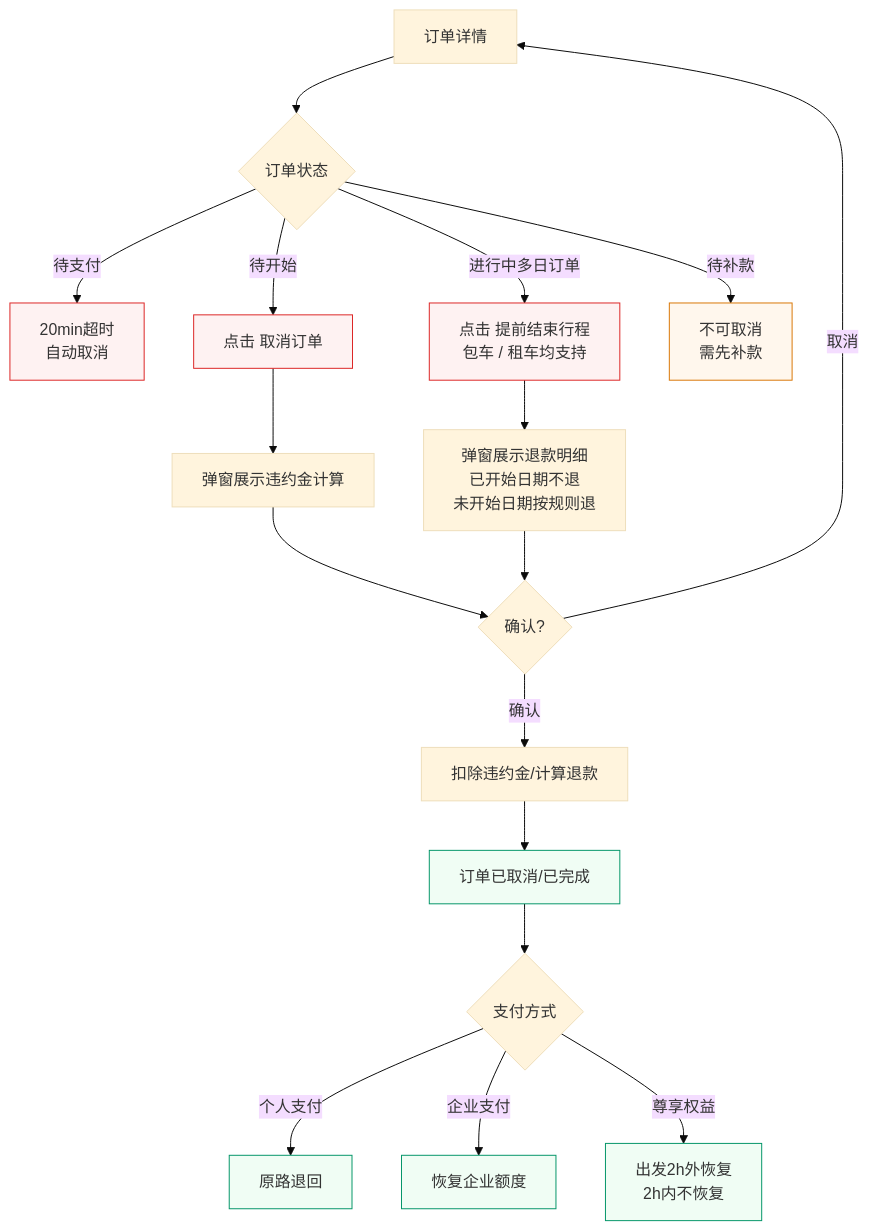
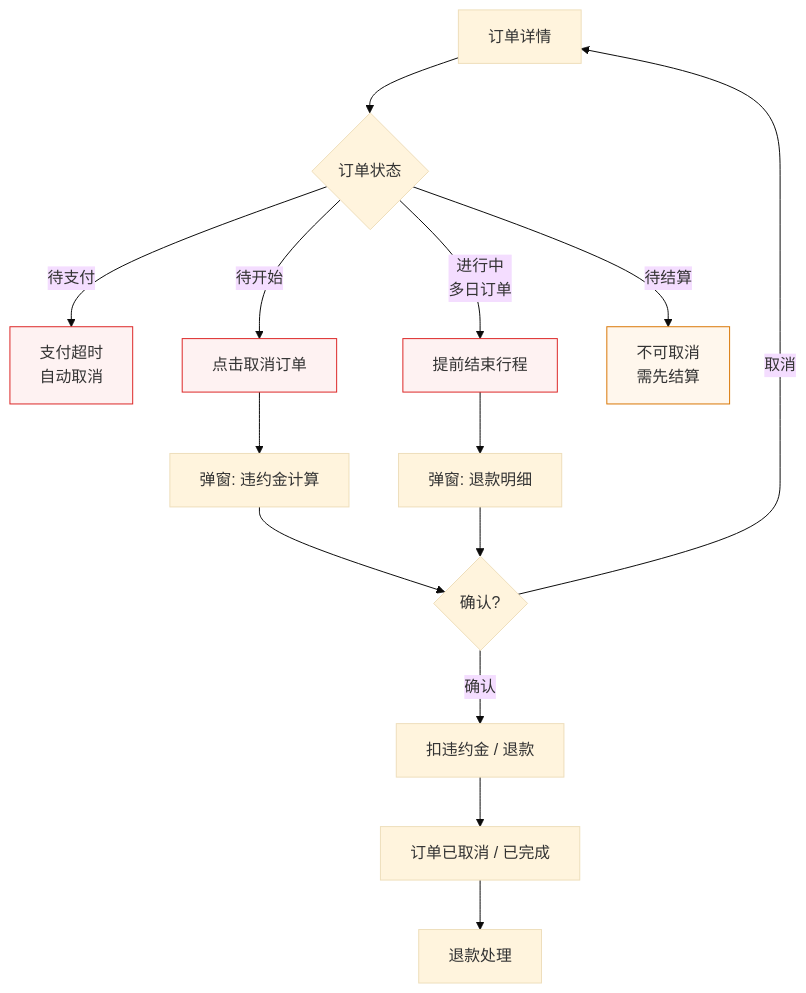
One commit to klayhuzhenx/zunchuxing changed the sixth of 9 diagrams in 乘客端需求规格说明.md. Above: the diagram before and after it, drawn with Mermaid (base theme). The commit also changed other lines of this file and 237 other files, not shown here.

````diff
--- a/乘客端需求规格说明.md
+++ b/乘客端需求规格说明.md
@@ -908,27 +1130,43 @@
 ```mermaid
+
 flowchart TD
+
     A[订单详情] --> B{订单状态}
-    B --> |待支付| C[20min超时<br/>自动取消]
-    B --> |待开始| D[点击 取消订单]
-    B --> |进行中多日订单| E[点击 提前结束行程<br/>包车 / 租车均支持]
-    B --> |待补款| F[不可取消<br/>需先补款]
-    
-    D --> G[弹窗展示违约金计算]
-    E --> H[弹窗展示退款明细<br/>已开始日期不退<br/>未开始日期按规则退]
+
+    B -->|待支付| C[支付超时<br/>自动取消]
+
+    B -->|待开始| D[点击取消订单]
+
+    B -->|进行中<br/>多日订单| E[提前结束行程]
+
+    B -->|待结算| F[不可取消<br/>需先结算]
+
+
+
+    D --> G[弹窗: 违约金计算]
+
+    E --> H[弹窗: 退款明细]
+
     G --> I{确认?}
+
     H --> I
-    I --> |确认| J[扣除违约金/计算退款]
-    I --> |取消| A
-    J --> K[订单已取消/已完成]
-    K --> L{支付方式}
-    L --> |个人支付| M[原路退回]
-    L --> |企业支付| N[恢复企业额度]
-    L --> |尊享权益| O[出发2h外恢复<br/>2h内不恢复]
+
+    I -->|确认| J[扣违约金 / 退款]
+
+    I -->|取消| A
+
+    J --> K[订单已取消 / 已完成]
+
+    K --> L[退款处理]
+
+
 
     classDef cancel fill:#fef2f2,stroke:#dc2626
+
     classDef warn fill:#fff7ed,stroke:#d97706
-    classDef ok fill:#f0fdf4,stroke:#059669
+
     class C,D,E cancel
+
     class F warn
-    class K,M,N,O ok
+
 ```
````
